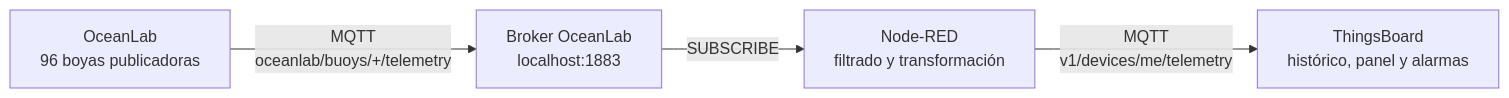
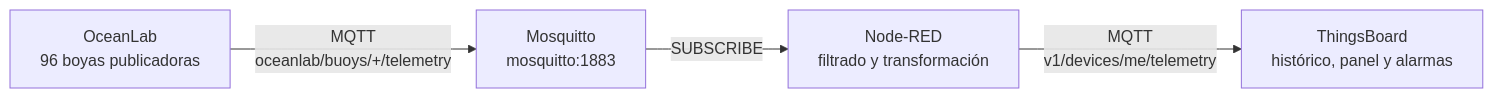
One commit to gbellido-dev/LabMonitorizacion changed the diagram in practicas/3-reto/oceanlab-mqtt/practica-node-red-thingsboard.md. Above: the diagram before and after it, drawn with Mermaid. The commit also changed other lines of this file and 24 other files, not shown here.

````diff
--- a/practicas/3-reto/oceanlab-mqtt/practica-node-red-thingsboard.md
+++ b/practicas/3-reto/oceanlab-mqtt/practica-node-red-thingsboard.md
@@ -14,6 +14,6 @@
 ```mermaid
 flowchart LR
-    A["OceanLab<br/>96 boyas publicadoras"] -->|"MQTT<br/>oceanlab/buoys/+/telemetry"| B["Broker OceanLab<br/>localhost:1883"]
+    A["OceanLab<br/>96 boyas publicadoras"] -->|"MQTT<br/>oceanlab/buoys/+/telemetry"| B["Mosquitto<br/>mosquitto:1883"]
     B -->|"SUBSCRIBE"| C["Node-RED<br/>filtrado y transformación"]
     C -->|"MQTT<br/>v1/devices/me/telemetry"| D["ThingsBoard<br/>histórico, panel y alarmas"]
 ```
````
